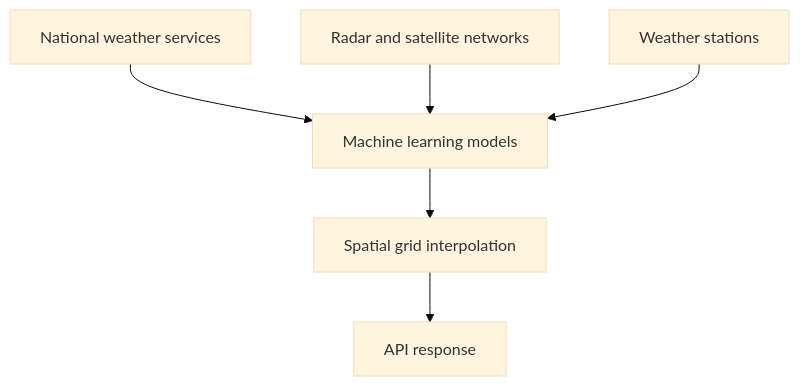
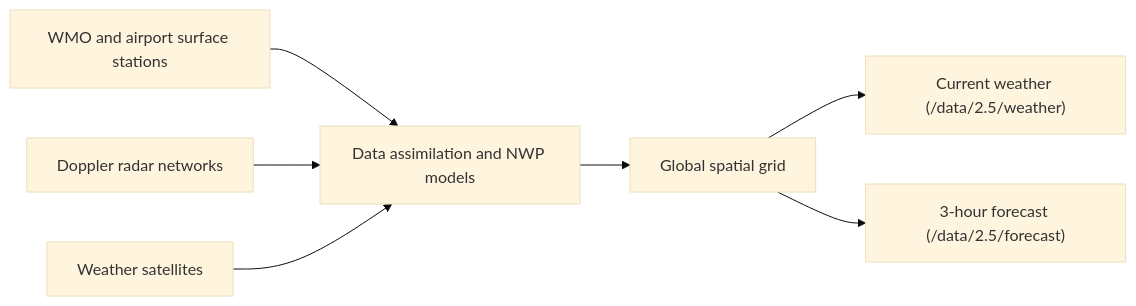
The diagram in docs/concepts/how-weather-data-works.md (MichelGSS/openweather-docs), drawn with Mermaid (base theme) before and after one commit. The commit also changed other lines of this file and 53 other files, not shown here.

````diff
--- a/docs/concepts/how-weather-data-works.md
+++ b/docs/concepts/how-weather-data-works.md
@@ -18,8 +21,9 @@
 ```mermaid
-graph TD
-    A["National weather services"] --> E["Machine learning models"]
-    B["Radar and satellite networks"] --> E
-    C["Weather stations"] --> E
-    E --> F["Spatial grid interpolation"]
-    F --> G["API response"]
+flowchart LR
+    Stations["WMO and airport surface stations"] --> Assimilation["Data assimilation and NWP models"]
+    Radar["Doppler radar networks"] --> Assimilation
+    Satellites["Weather satellites"] --> Assimilation
+    Assimilation --> Grid["Global spatial grid"]
+    Grid --> Current["Current weather (/data/2.5/weather)"]
+    Grid --> Forecast["3-hour forecast (/data/2.5/forecast)"]
 ```
````
